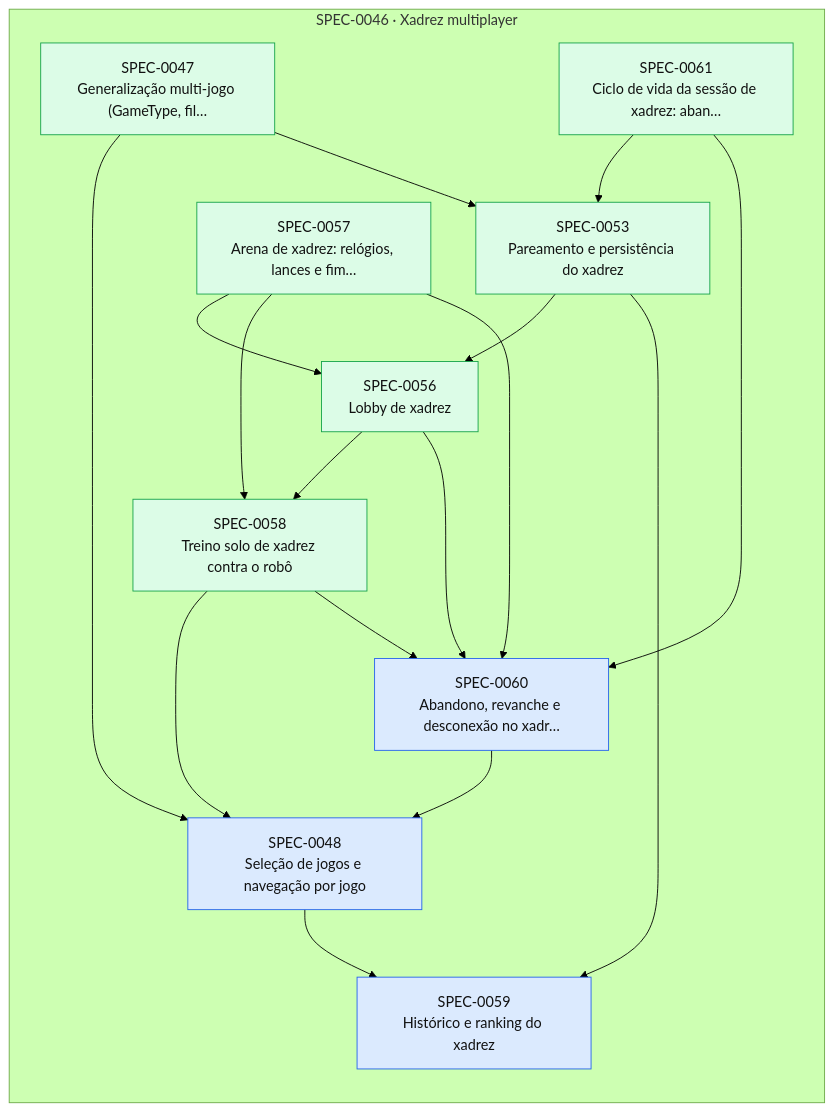
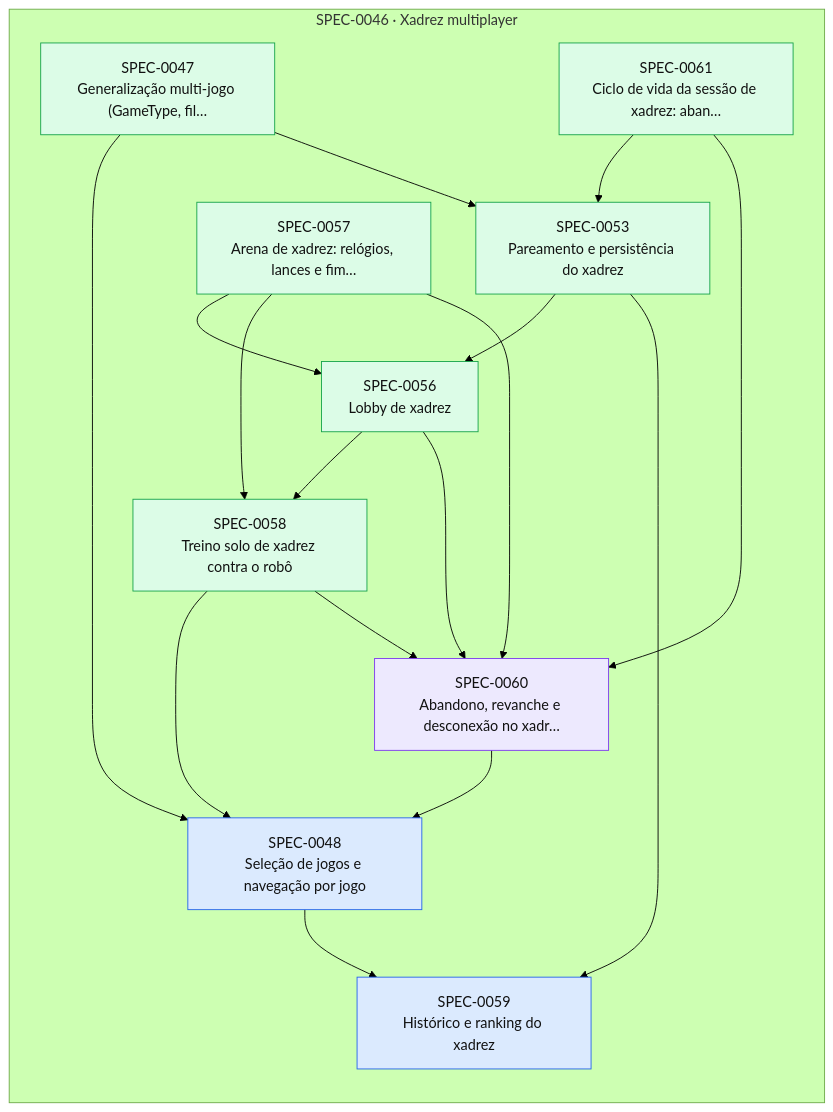
Before and after one commit to thomasravache/jogo-da-velha-multiplayer: the diagram in docs/specs/INDEX.md, drawn with Mermaid (forest theme). The commit also changed other lines of this file and 1 other file, not shown here.

First line of the commit message:
docs(specs): iniciar SPEC-0060

````diff
--- a/docs/specs/INDEX.md
+++ b/docs/specs/INDEX.md
@@ -39,34 +39,34 @@
 ```mermaid
 flowchart LR
   subgraph E0046["SPEC-0046 · Xadrez multiplayer"]
     S0047["SPEC-0047<br/>Generalização multi-jogo (GameType, fil…"]:::implemented
     S0048["SPEC-0048<br/>Seleção de jogos e navegação por jogo"]:::approved
     S0053["SPEC-0053<br/>Pareamento e persistência do xadrez"]:::implemented
     S0056["SPEC-0056<br/>Lobby de xadrez"]:::implemented
     S0057["SPEC-0057<br/>Arena de xadrez: relógios, lances e fim…"]:::implemented
     S0058["SPEC-0058<br/>Treino solo de xadrez contra o robô"]:::implemented
     S0059["SPEC-0059<br/>Histórico e ranking do xadrez"]:::approved
-    S0060["SPEC-0060<br/>Abandono, revanche e desconexão no xadr…"]:::approved
+    S0060["SPEC-0060<br/>Abandono, revanche e desconexão no xadr…"]:::inprogress
     S0061["SPEC-0061<br/>Ciclo de vida da sessão de xadrez: aban…"]:::implemented
   end
   S0047 --> S0048
   S0058 --> S0048
   S0060 --> S0048
   S0047 --> S0053
   S0061 --> S0053
   S0053 --> S0056
   S0057 --> S0056
   S0056 --> S0058
   S0057 --> S0058
   S0048 --> S0059
   S0053 --> S0059
   S0056 --> S0060
   S0057 --> S0060
   S0058 --> S0060
   S0061 --> S0060
   classDef proposed fill:#fef3c7,stroke:#d97706,color:#111
   classDef approved fill:#dbeafe,stroke:#2563eb,color:#111
   classDef inprogress fill:#ede9fe,stroke:#7c3aed,color:#111
   classDef implemented fill:#dcfce7,stroke:#16a34a,color:#111
   classDef deprecated fill:#f3f4f6,stroke:#9ca3af,color:#6b7280
 ```
````
